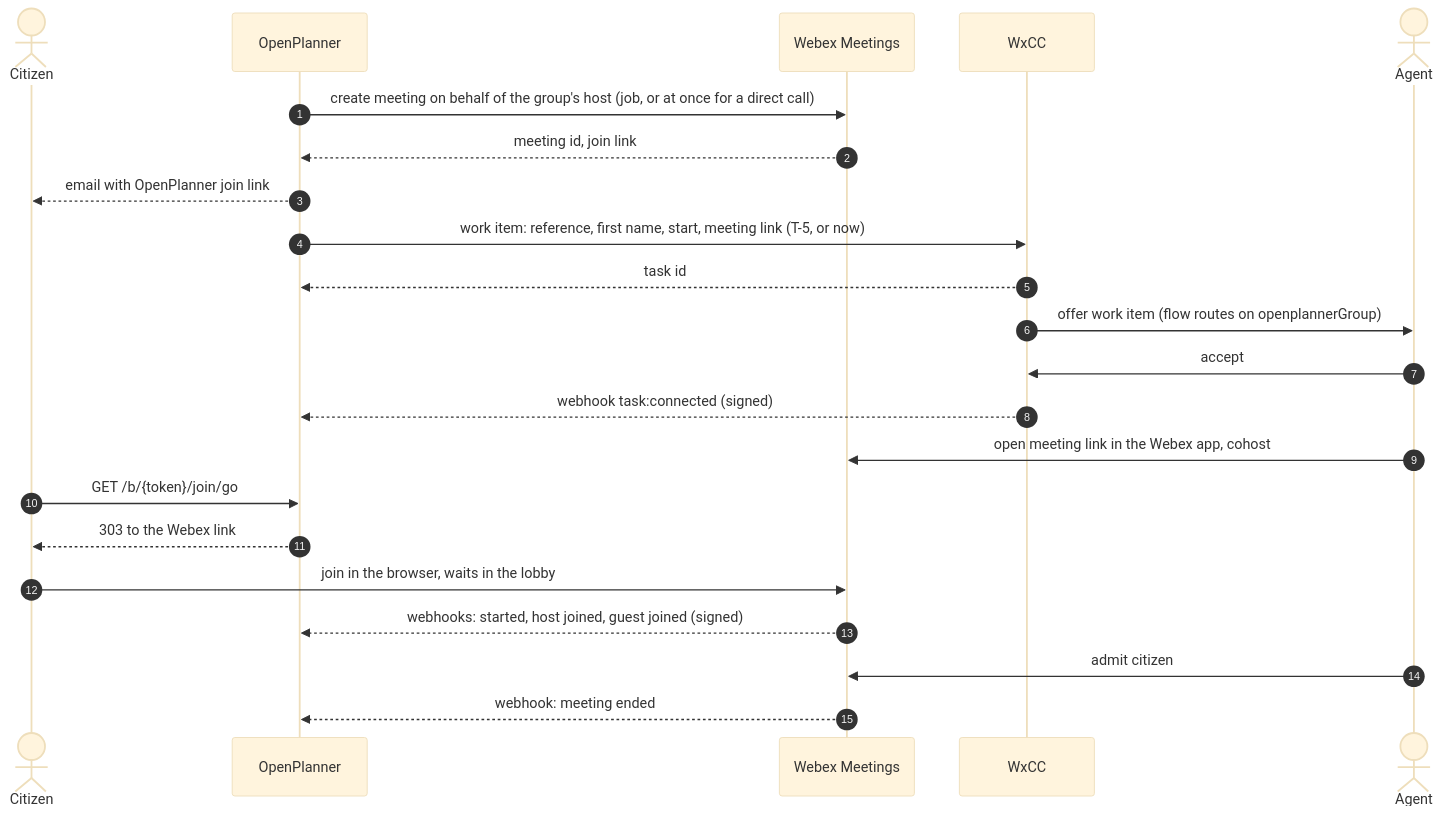
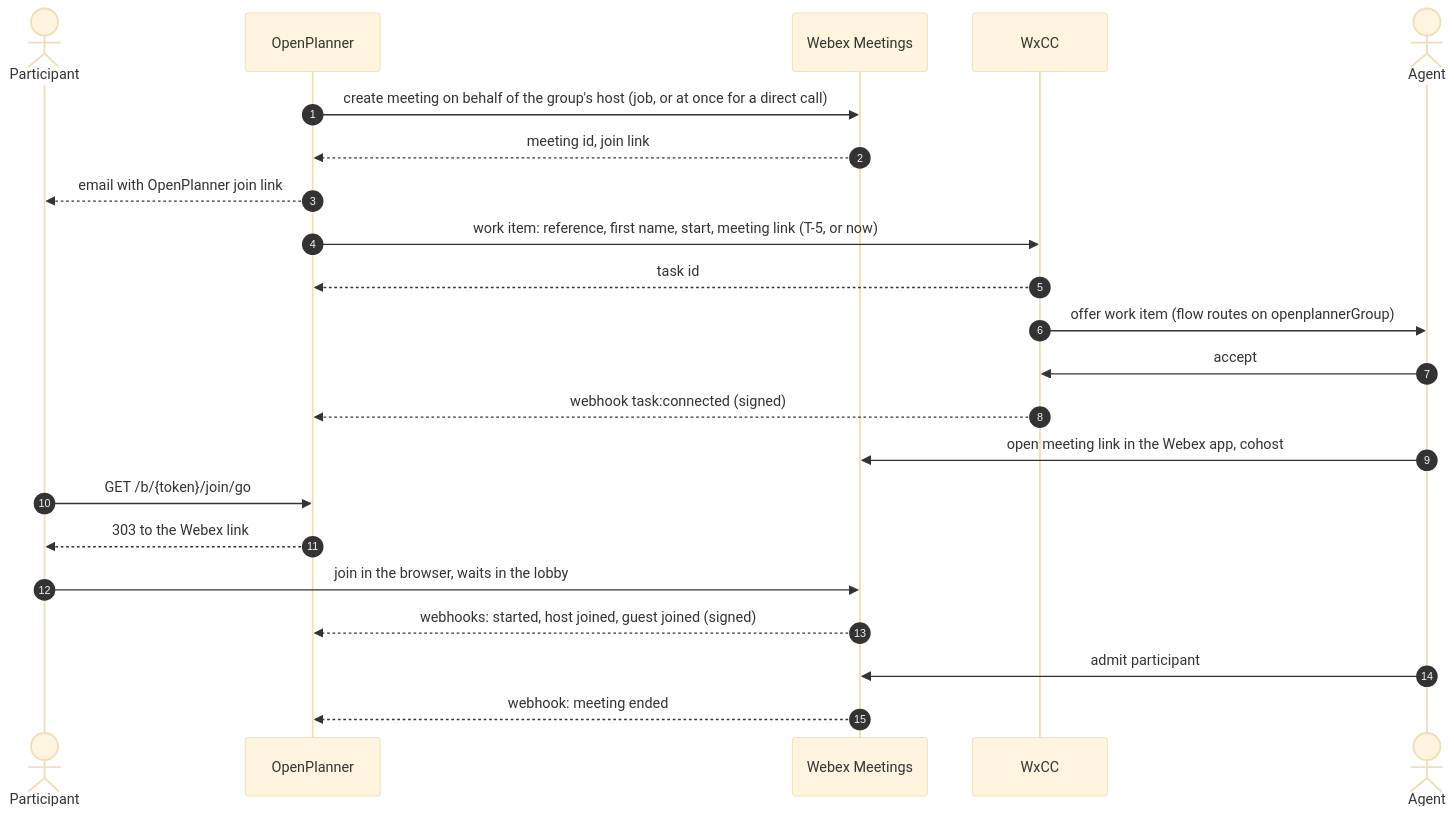
Before and after one commit to 3Corners-Labs/OpenPlanner: the ninth of 14 diagrams in docs/architecture.md, drawn with Mermaid (base theme). The commit also changed other lines of this file and 12 other files, not shown here.

````diff
--- a/docs/architecture.md
+++ b/docs/architecture.md
@@ -533,25 +544,25 @@
 ```mermaid
 sequenceDiagram
     autonumber
-    actor C as Citizen
+    actor C as Participant
     participant O as OpenPlanner
     participant W as Webex Meetings
     participant X as WxCC
     actor A as Agent
 
     O->>W: create meeting on behalf of the group's host (job, or at once for a direct call)
     W-->>O: meeting id, join link
     O-->>C: email with OpenPlanner join link
     O->>X: work item: reference, first name, start, meeting link (T-5, or now)
     X-->>O: task id
     X->>A: offer work item (flow routes on openplannerGroup)
     A->>X: accept
     X-->>O: webhook task:connected (signed)
     A->>W: open meeting link in the Webex app, cohost
     C->>O: GET /b/{token}/join/go
     O-->>C: 303 to the Webex link
     C->>W: join in the browser, waits in the lobby
     W-->>O: webhooks: started, host joined, guest joined (signed)
-    A->>W: admit citizen
+    A->>W: admit participant
     W-->>O: webhook: meeting ended
 ```
````
